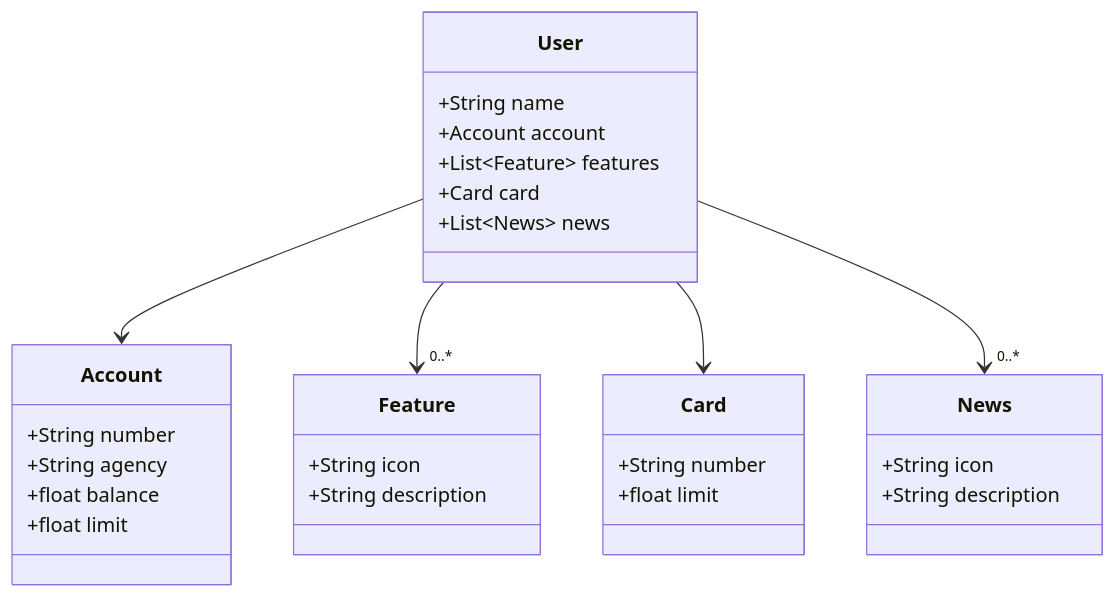
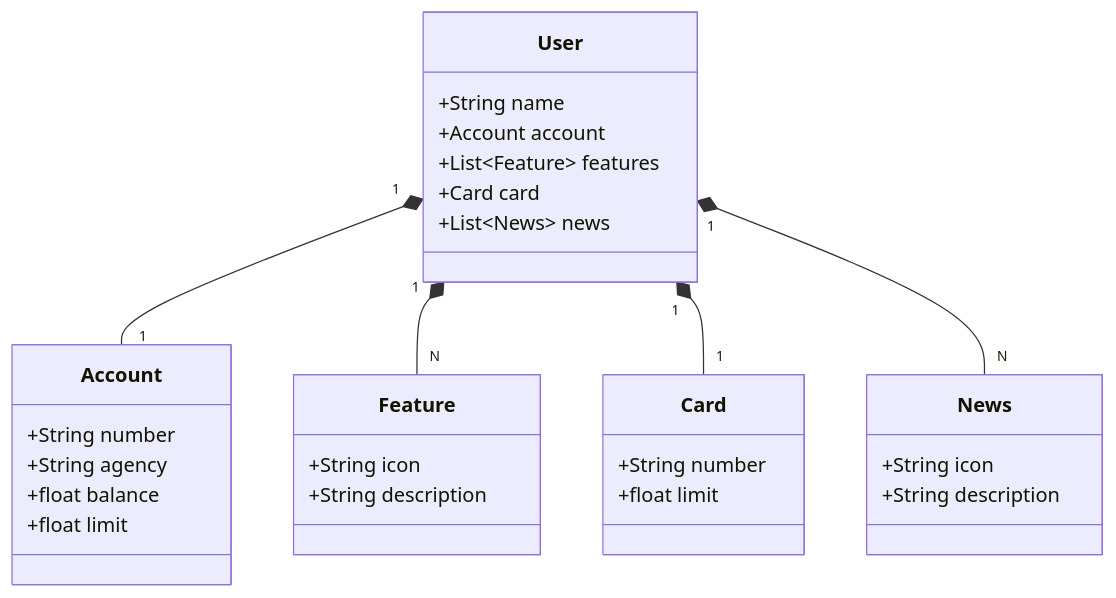
One commit to JhonataLuis/study-dev-week-2025 changed the diagram in README.md. Above: the diagram before and after it, drawn with Mermaid.

Commit message:
atrelado relacionamentos

````diff
--- a/README.md
+++ b/README.md
@@ -6,38 +6,38 @@
 ```mermaid
 classDiagram
   class User {
     +String name
     +Account account
     +List~Feature~ features
     +Card card
     +List~News~ news
   }
 
   class Account {
     +String number
     +String agency
     +float balance
     +float limit
   }
 
   class Feature {
     +String icon
     +String description
   }
 
   class Card {
     +String number
     +float limit
   }
 
   class News {
     +String icon
     +String description
   }
 
-  User --> Account
-  User --> "0..*" Feature
-  User --> Card
-  User --> "0..*" News
-  
+  User "1" *-- "1" Account
+  User "1" *-- "N"  Feature
+  User "1" *-- "1" Card
+  User "1" *-- "N"  News
+
   ```
````
